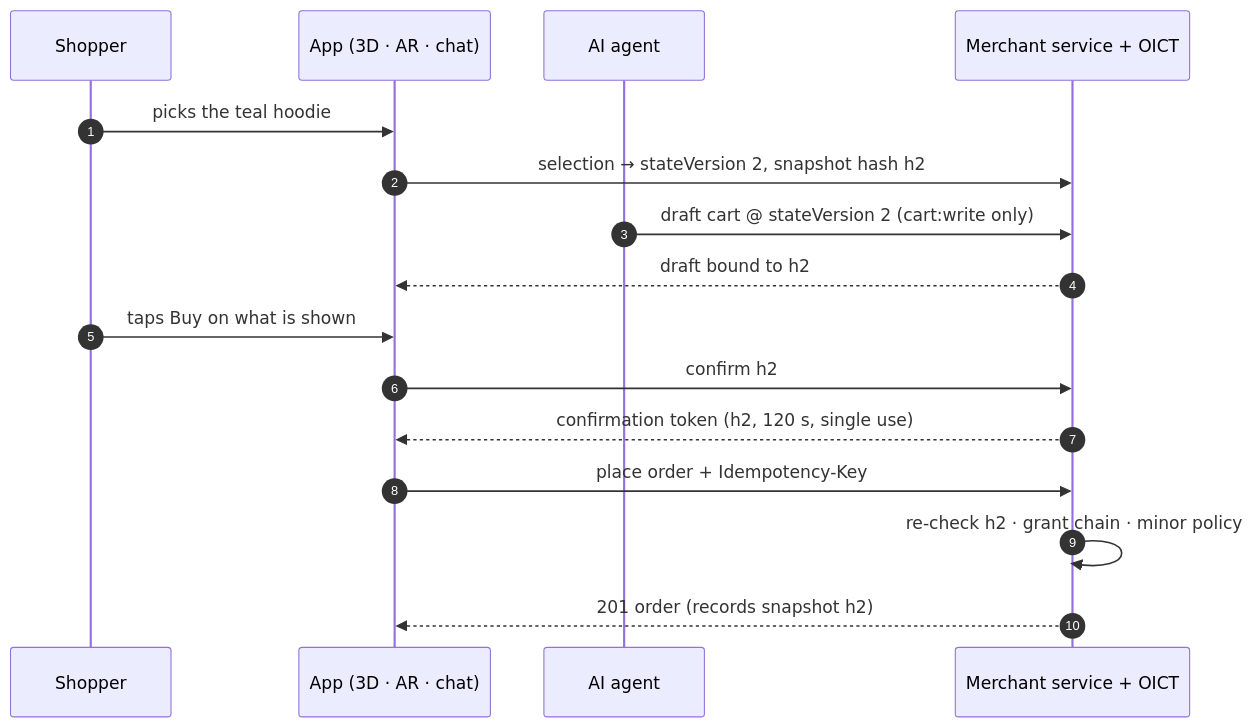
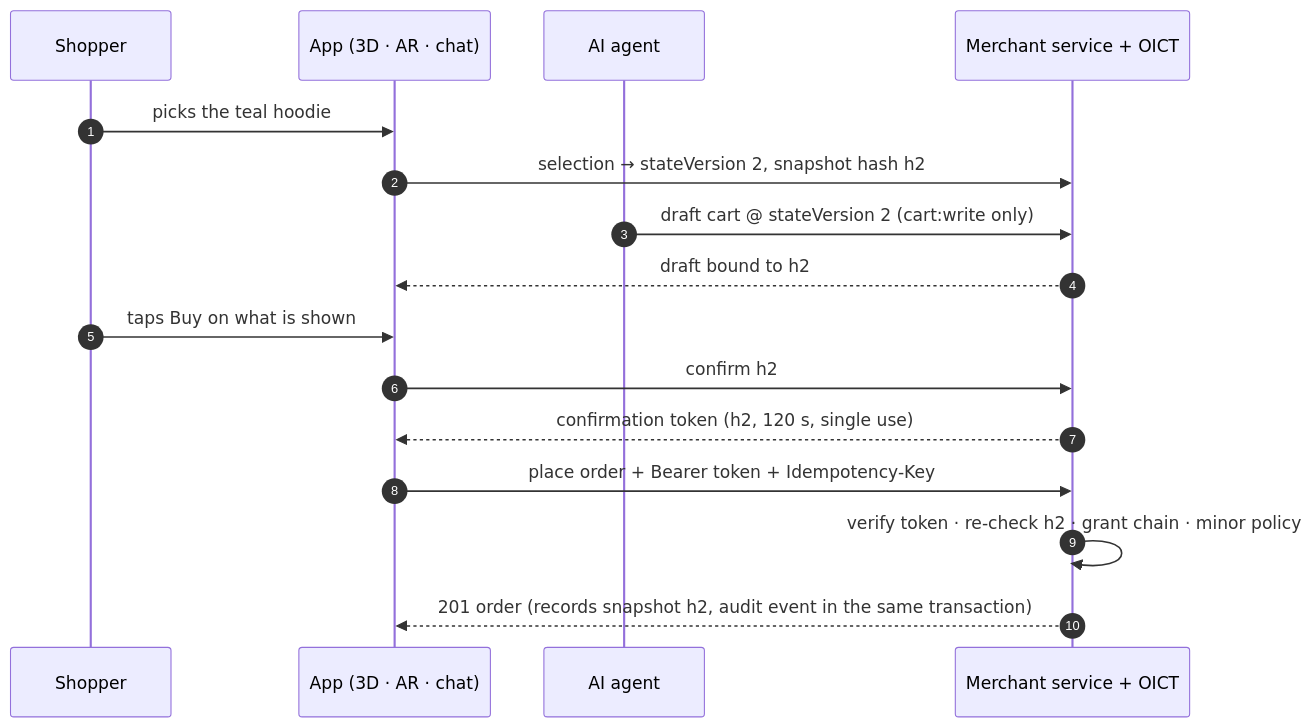
Before and after one commit to popcorn8912/oict: the diagram in README.md, drawn with Mermaid. The commit also changed other lines of this file and 45 other files, not shown here.

````diff
--- a/README.md
+++ b/README.md
@@ -121,18 +143,18 @@
 ```mermaid
 sequenceDiagram
     autonumber
     participant U as Shopper
     participant A as App (3D · AR · chat)
     participant G as AI agent
     participant M as Merchant service + OICT
     U->>A: picks the teal hoodie
     A->>M: selection → stateVersion 2, snapshot hash h2
     G->>M: draft cart @ stateVersion 2 (cart:write only)
     M-->>A: draft bound to h2
     U->>A: taps Buy on what is shown
     A->>M: confirm h2
     M-->>A: confirmation token (h2, 120 s, single use)
-    A->>M: place order + Idempotency-Key
-    M->>M: re-check h2 · grant chain · minor policy
-    M-->>A: 201 order (records snapshot h2)
+    A->>M: place order + Bearer token + Idempotency-Key
+    M->>M: verify token · re-check h2 · grant chain · minor policy
+    M-->>A: 201 order (records snapshot h2, audit event in the same transaction)
 ```
````
